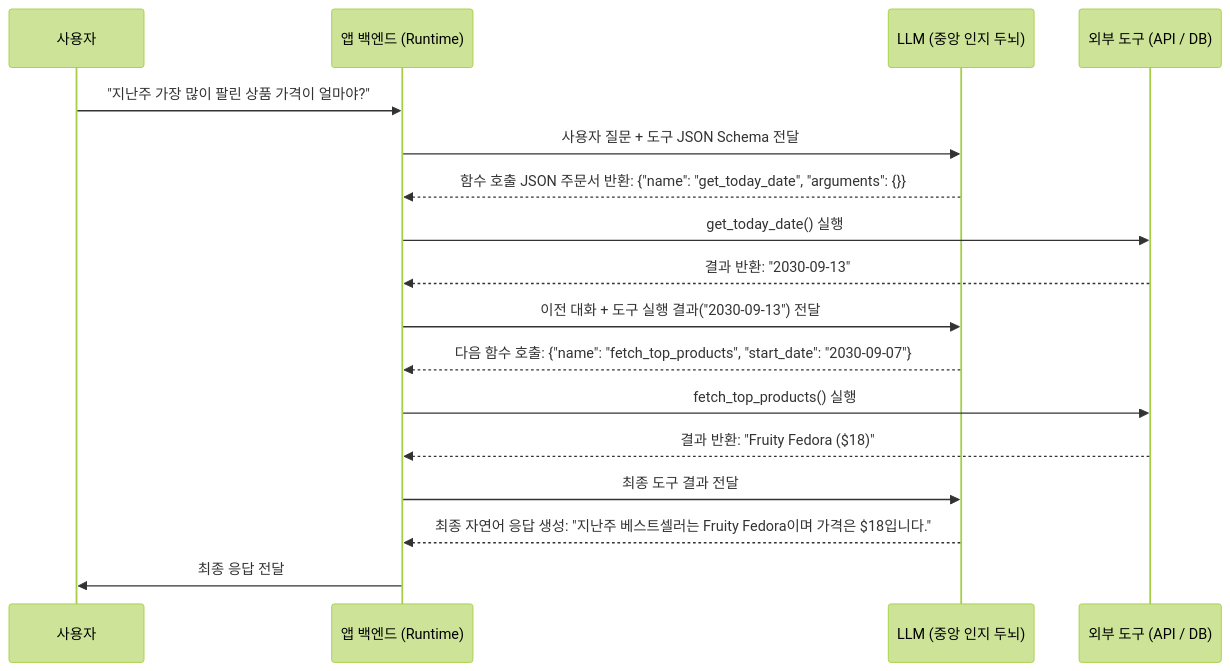
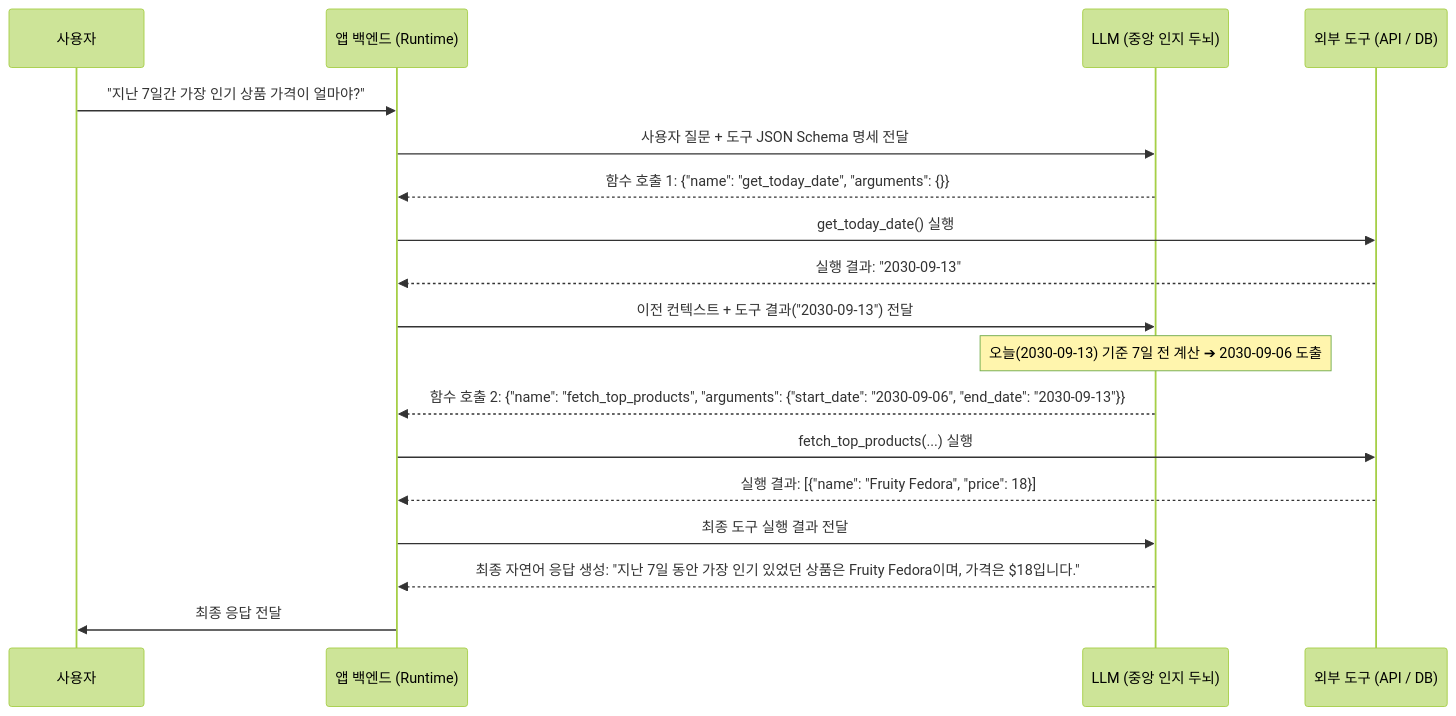
The second of 3 diagrams in chapter-qa/ch06-rag-and-agents-qa/03-ai-agents-tools-and-function-calling.md (sing-u8/AI-Engineering), drawn with Mermaid (forest theme) before and after one commit. The commit also changed other lines of this file and 2 other files, not shown here.

````diff
--- a/chapter-qa/ch06-rag-and-agents-qa/03-ai-agents-tools-and-function-calling.md
+++ b/chapter-qa/ch06-rag-and-agents-qa/03-ai-agents-tools-and-function-calling.md
@@ -75,20 +82,21 @@
 ```mermaid
 sequenceDiagram
     participant User as 사용자
     participant App as 앱 백엔드 (Runtime)
     participant LLM as LLM (중앙 인지 두뇌)
     participant Tool as 외부 도구 (API / DB)
 
-    User->>App: "지난주 가장 많이 팔린 상품 가격이 얼마야?"
-    App->>LLM: 사용자 질문 + 도구 JSON Schema 전달
-    LLM-->>App: 함수 호출 JSON 주문서 반환: {"name": "get_today_date", "arguments": {}}
+    User->>App: "지난 7일간 가장 인기 상품 가격이 얼마야?"
+    App->>LLM: 사용자 질문 + 도구 JSON Schema 명세 전달
+    LLM-->>App: 함수 호출 1: {"name": "get_today_date", "arguments": {}}
     App->>Tool: get_today_date() 실행
-    Tool-->>App: 결과 반환: "2030-09-13"
-    App->>LLM: 이전 대화 + 도구 실행 결과("2030-09-13") 전달
-    LLM-->>App: 다음 함수 호출: {"name": "fetch_top_products", "start_date": "2030-09-07"}
-    App->>Tool: fetch_top_products() 실행
-    Tool-->>App: 결과 반환: "Fruity Fedora ($18)"
-    App->>LLM: 최종 도구 결과 전달
-    LLM-->>App: 최종 자연어 응답 생성: "지난주 베스트셀러는 Fruity Fedora이며 가격은 $18입니다."
+    Tool-->>App: 실행 결과: "2030-09-13"
+    App->>LLM: 이전 컨텍스트 + 도구 결과("2030-09-13") 전달
+    Note over LLM: 오늘(2030-09-13) 기준 7일 전 계산 ➔ 2030-09-06 도출
+    LLM-->>App: 함수 호출 2: {"name": "fetch_top_products", "arguments": {"start_date": "2030-09-06", "end_date": "2030-09-13"}}
+    App->>Tool: fetch_top_products(...) 실행
+    Tool-->>App: 실행 결과: [{"name": "Fruity Fedora", "price": 18}]
+    App->>LLM: 최종 도구 실행 결과 전달
+    LLM-->>App: 최종 자연어 응답 생성: "지난 7일 동안 가장 인기 있었던 상품은 Fruity Fedora이며, 가격은 $18입니다."
     App->>User: 최종 응답 전달
 ```
````
